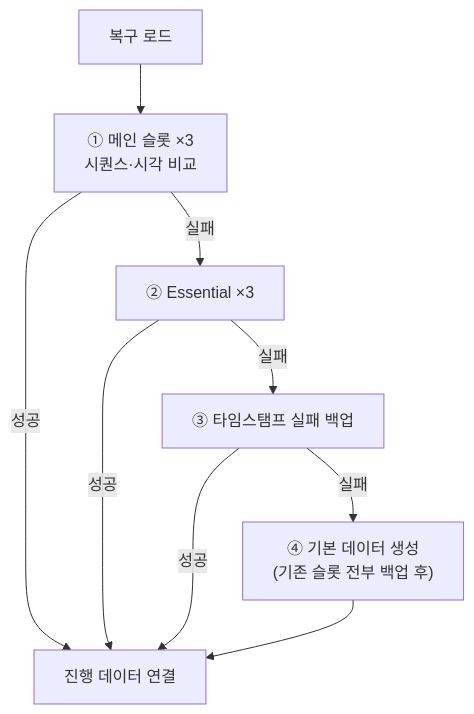
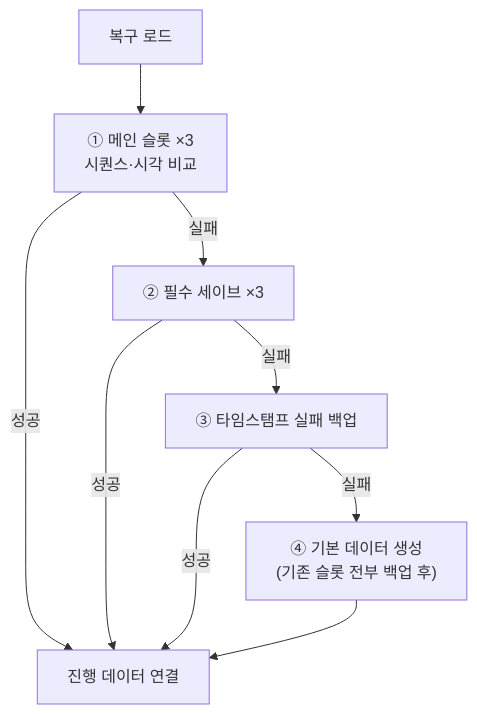
Before and after one commit to monet5379/monet5379.github.io: the diagram in notes/dragon-save-shipped.md, drawn with Mermaid. The commit also changed other lines of this file and 27 other files, not shown here.

````diff
--- a/notes/dragon-save-shipped.md
+++ b/notes/dragon-save-shipped.md
@@ -63,11 +63,11 @@
 ```mermaid
 flowchart TD
   START["복구 로드"] --> MAIN["① 메인 슬롯 ×3<br/>시퀀스·시각 비교"]
   MAIN -->|성공| ONLOAD["진행 데이터 연결"]
-  MAIN -->|실패| ESS["② Essential ×3"]
+  MAIN -->|실패| ESS["② 필수 세이브 ×3"]
   ESS -->|성공| ONLOAD
   ESS -->|실패| BAK["③ 타임스탬프 실패 백업"]
   BAK -->|성공| ONLOAD
   BAK -->|실패| NEW["④ 기본 데이터 생성<br/>(기존 슬롯 전부 백업 후)"]
   NEW --> ONLOAD
 ```
````
